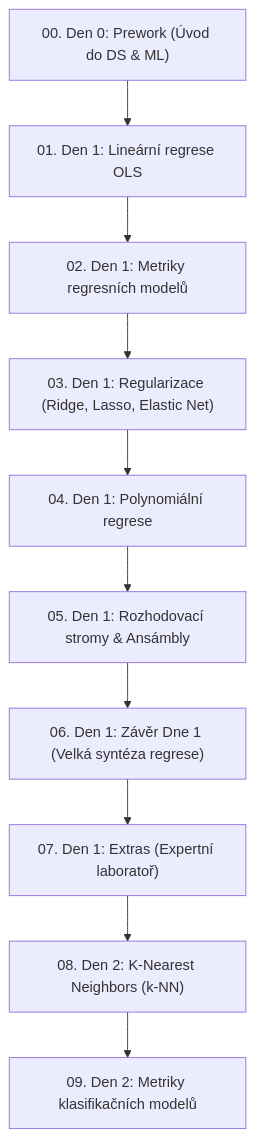
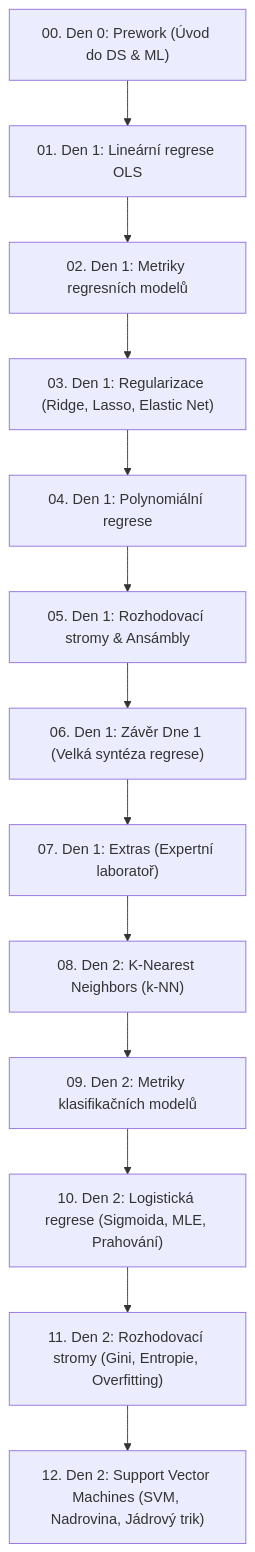
Before and after one commit to Kilitar/Coderslab-DataScience: the diagram in README.md, drawn with Mermaid. The commit also changed other lines of this file and 70 other files, not shown here.

````diff
--- a/README.md
+++ b/README.md
@@ -39,12 +39,15 @@
 ```mermaid
 flowchart TD
     A["00. Den 0: Prework (Úvod do DS & ML)"] --> B["01. Den 1: Lineární regrese OLS"]
     B --> C["02. Den 1: Metriky regresních modelů"]
     C --> D["03. Den 1: Regularizace (Ridge, Lasso, Elastic Net)"]
     D --> E["04. Den 1: Polynomiální regrese"]
     E --> F["05. Den 1: Rozhodovací stromy & Ansámbly"]
     F --> G["06. Den 1: Závěr Dne 1 (Velká syntéza regrese)"]
     G --> H["07. Den 1: Extras (Expertní laboratoř)"]
     H --> I["08. Den 2: K-Nearest Neighbors (k-NN)"]
     I --> J["09. Den 2: Metriky klasifikačních modelů"]
+    J --> K["10. Den 2: Logistická regrese (Sigmoida, MLE, Prahování)"]
+    K --> L["11. Den 2: Rozhodovací stromy (Gini, Entropie, Overfitting)"]
+    L --> M["12. Den 2: Support Vector Machines (SVM, Nadrovina, Jádrový trik)"]
 ```
````
